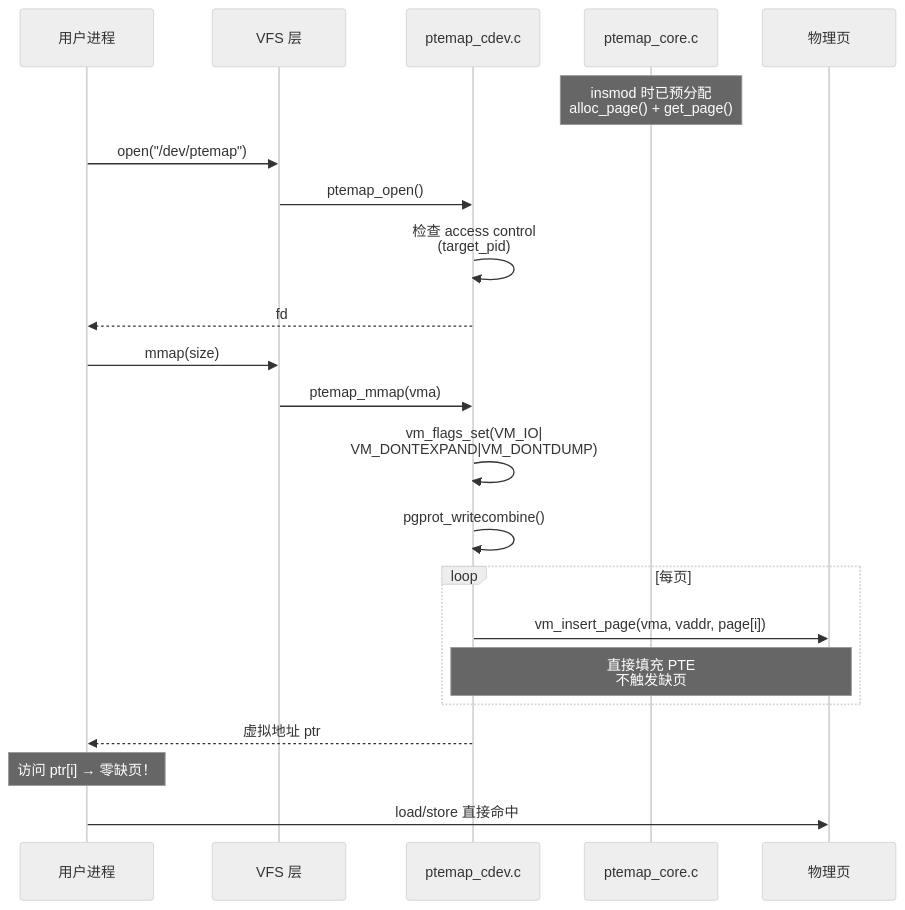
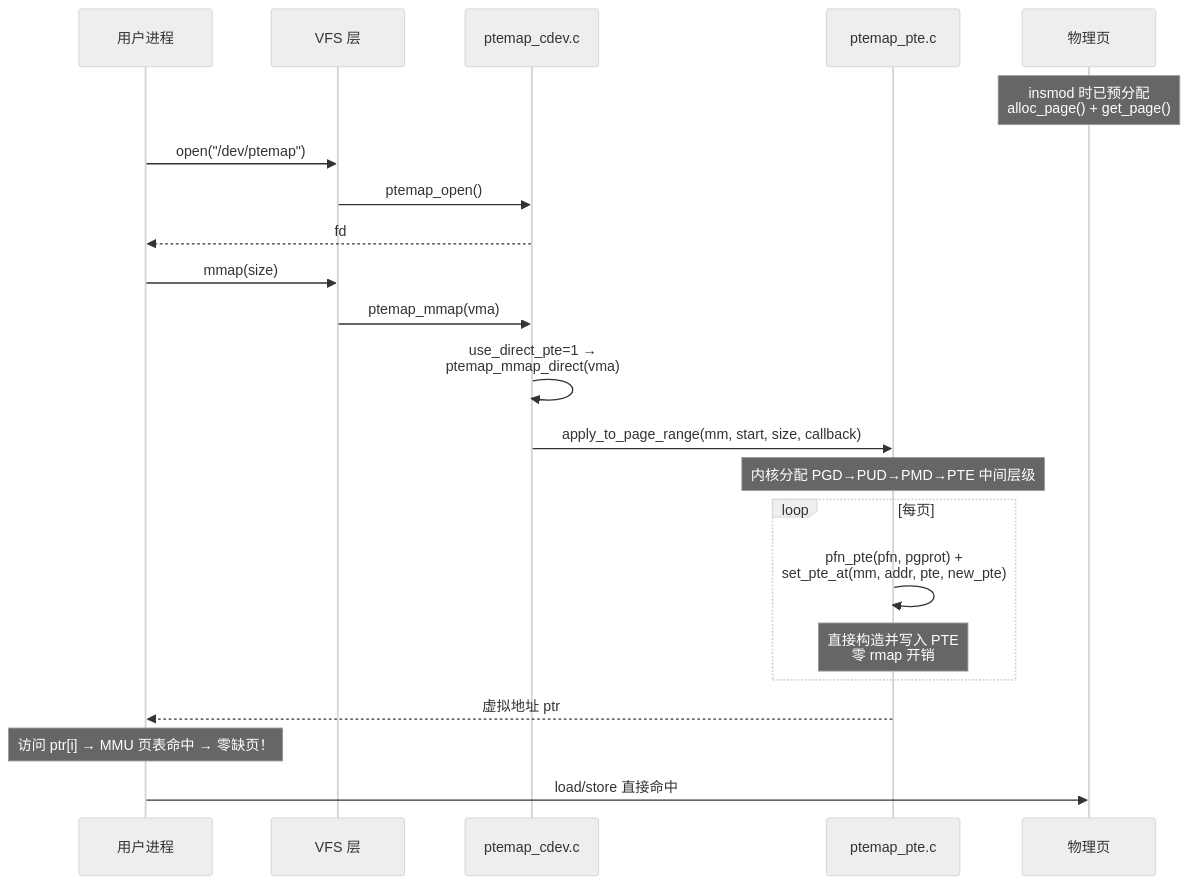
Before and after one commit to leafxuzm/Zerofault: the second of 4 diagrams in README.md, drawn with Mermaid (neutral theme). The commit also changed other lines of this file and 6 other files, not shown here.

````diff
--- a/README.md
+++ b/README.md
@@ -60,30 +66,28 @@
 ```mermaid
 sequenceDiagram
     participant U as 用户进程
     participant VFS as VFS 层
     participant CDEV as ptemap_cdev.c
-    participant CORE as ptemap_core.c
+    participant PTE as ptemap_pte.c
     participant MM as 物理页
 
-    Note over CORE: insmod 时已预分配<br/>alloc_page() + get_page()
+    Note over MM: insmod 时已预分配<br/>alloc_page() + get_page()
 
     U->>VFS: open("/dev/ptemap")
     VFS->>CDEV: ptemap_open()
-    CDEV->>CDEV: 检查 access control<br/>(target_pid)
     CDEV-->>U: fd
 
     U->>VFS: mmap(size)
     VFS->>CDEV: ptemap_mmap(vma)
-    CDEV->>CDEV: vm_flags_set(VM_IO|<br/>VM_DONTEXPAND|VM_DONTDUMP)
-    CDEV->>CDEV: pgprot_writecombine()
-
+    CDEV->>CDEV: use_direct_pte=1 →<br/>ptemap_mmap_direct(vma)
+    CDEV->>PTE: apply_to_page_range(mm, start, size, callback)
+    Note over PTE: 内核分配 PGD→PUD→PMD→PTE 中间层级
     loop 每页
-        CDEV->>MM: vm_insert_page(vma, vaddr, page[i])
-        Note over CDEV,MM: 直接填充 PTE<br/>不触发缺页
+        PTE->>PTE: pfn_pte(pfn, pgprot) +<br/>set_pte_at(mm, addr, pte, new_pte)
+        Note over PTE: 直接构造并写入 PTE<br/>零 rmap 开销
     end
 
-    CDEV-->>U: 虚拟地址 ptr
-
-    Note over U: 访问 ptr[i] → 零缺页！
+    PTE-->>U: 虚拟地址 ptr
+    Note over U: 访问 ptr[i] → MMU 页表命中 → 零缺页！
     U->>MM: load/store 直接命中
 ```
````
